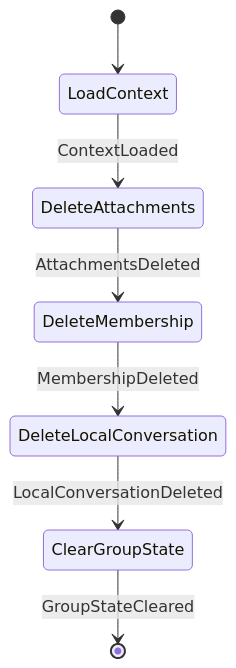
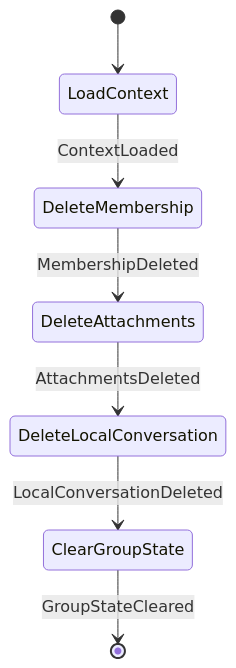
One commit to cbgm/Sparrow changed the third of 14 diagrams in docs/architecture/workflows/membership.md. Above: the diagram before and after it, drawn with Mermaid. The commit also changed other lines of this file and 226 other files, not shown here.

````diff
--- a/docs/architecture/workflows/membership.md
+++ b/docs/architecture/workflows/membership.md
@@ -85,9 +88,9 @@
 ```mermaid
 stateDiagram-v2
     [*] --> LoadContext
-    LoadContext --> DeleteAttachments : ContextLoaded
-    DeleteAttachments --> DeleteMembership : AttachmentsDeleted
-    DeleteMembership --> DeleteLocalConversation : MembershipDeleted
+    LoadContext --> DeleteMembership : ContextLoaded
+    DeleteMembership --> DeleteAttachments : MembershipDeleted
+    DeleteAttachments --> DeleteLocalConversation : AttachmentsDeleted
     DeleteLocalConversation --> ClearGroupState : LocalConversationDeleted
     ClearGroupState --> [*] : GroupStateCleared
 ```
````
